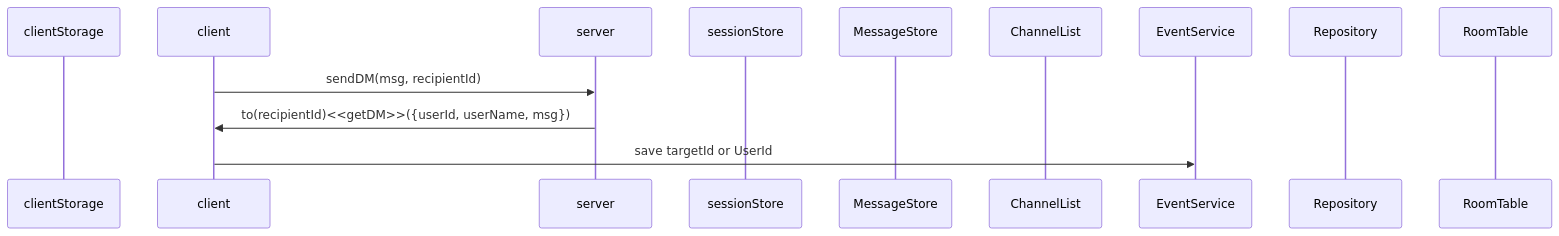
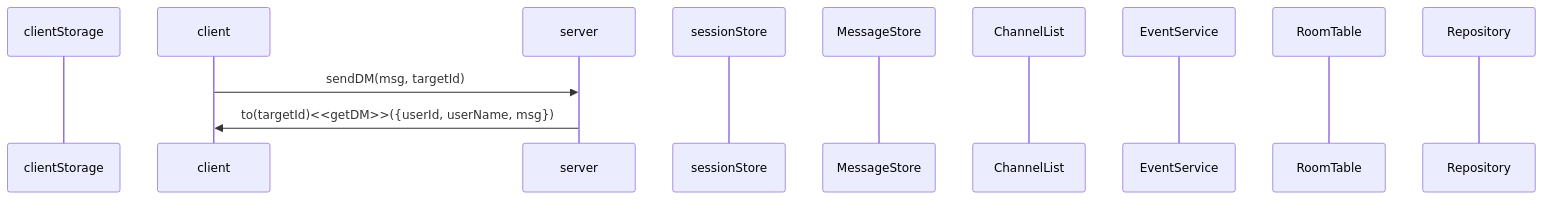
The ninth of 19 diagrams in backend/node/app/event.md (mtak0235/simmons_transcendence), drawn with Mermaid before and after one commit. The commit also changed other lines of this file, not shown here.

````diff
--- a/backend/node/app/event.md
+++ b/backend/node/app/event.md
@@ -212,16 +226,15 @@
 ```mermaid
 sequenceDiagram
 participant cls as clientStorage
 participant c as client
 participant ga as server
 participant ss as sessionStore
 participant ms as MessageStore
 participant cns as ChannelList
 participant cs as EventService
+participant rt as RoomTable
 participant r as Repository
-participant rt as RoomTable
 
-c->>ga: sendDM(msg, recipientId)
-ga->>c: to(recipientId)<<getDM>>({userId, userName, msg})
-c->>cs: save targetId or UserId
+c->>ga: sendDM(msg, targetId)
+ga->>c: to(targetId)<<getDM>>({userId, userName, msg})
 ```
````
